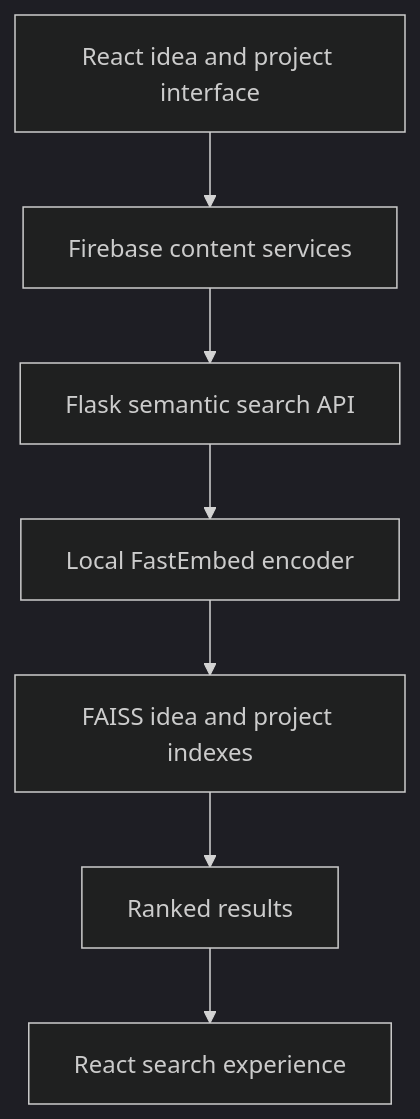
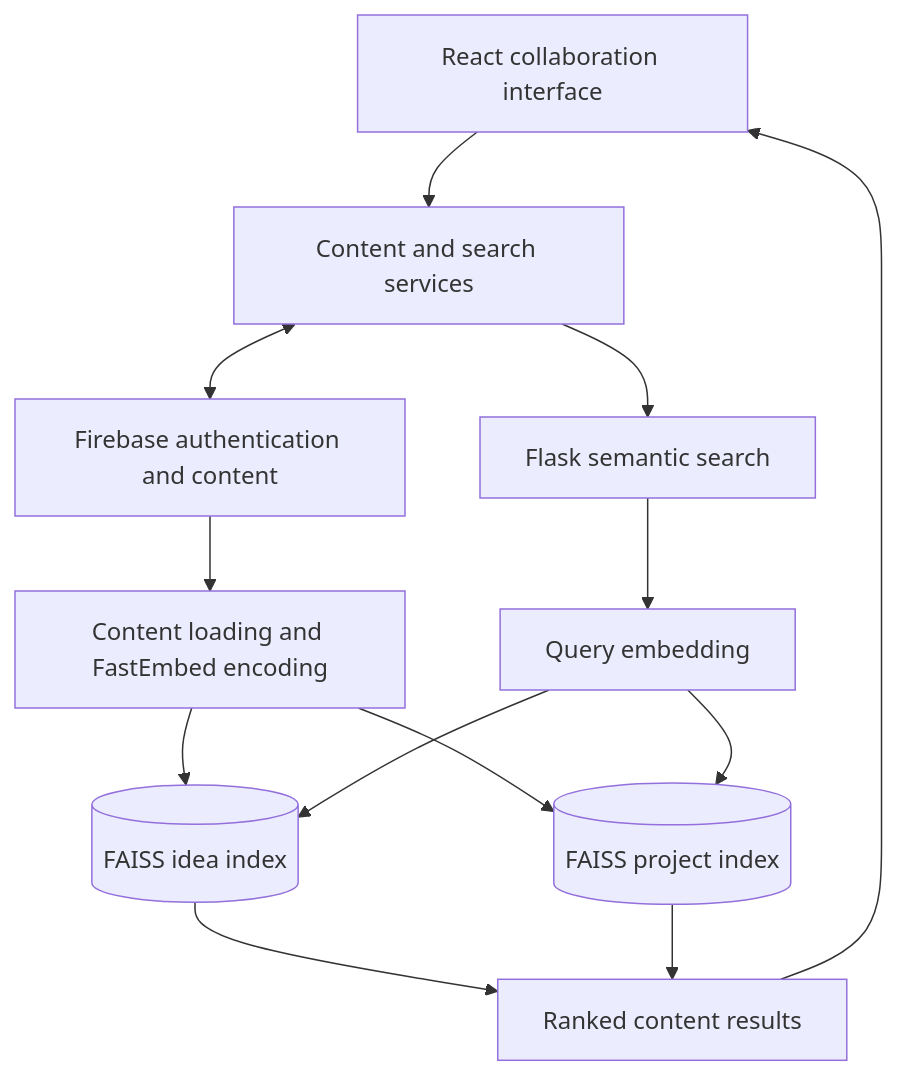
One commit to ryash14/adyes changed the diagram in README.md. Above: the diagram before and after it, drawn with Mermaid. The commit also changed other lines of this file and 5 other files, not shown here.

Commit message:
docs: explain purpose, architecture, usage and contribution workflow

````diff
--- a/README.md
+++ b/README.md
@@ -7,17 +38,15 @@
 ```mermaid
-%%{init: {'theme': 'dark'}}%%
-flowchart TD
-    N0["React idea and project interface"]
-    N1["Firebase content services"]
-    N2["Flask semantic search API"]
-    N3["Local FastEmbed encoder"]
-    N4["FAISS idea and project indexes"]
-    N5["Ranked results"]
-    N6["React search experience"]
-    N0 --> N1
-    N1 --> N2
-    N2 --> N3
-    N3 --> N4
-    N4 --> N5
-    N5 --> N6
+flowchart TB
+    Browser["React collaboration interface"] --> Client["Content and search services"]
+    Client <--> Firebase["Firebase authentication and content"]
+    Firebase --> Indexer["Content loading and FastEmbed encoding"]
+    Indexer --> Ideas[("FAISS idea index")]
+    Indexer --> Projects[("FAISS project index")]
+    Client --> Search["Flask semantic search"]
+    Search --> Encoder["Query embedding"]
+    Encoder --> Ideas
+    Encoder --> Projects
+    Ideas --> Results["Ranked content results"]
+    Projects --> Results
+    Results --> Browser
 ```
````
